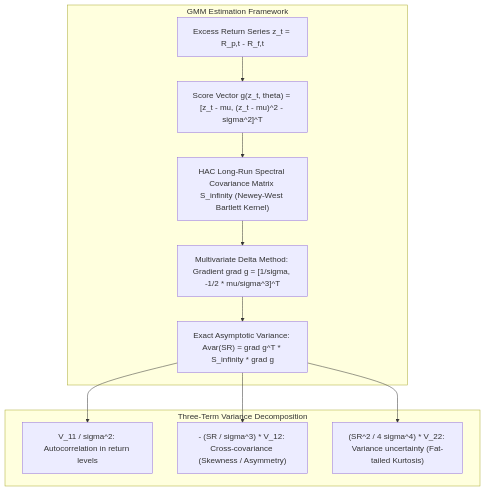
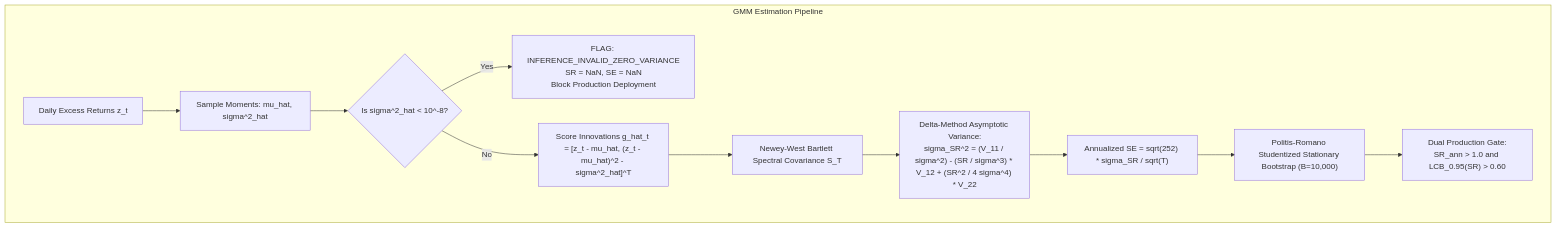
The fourth of 5 diagrams in README.md (2k25it2514261-cloud/alphaniti), drawn with Mermaid before and after one commit. The commit also changed other lines of this file, not shown here.

````diff
--- a/README.md
+++ b/README.md
@@ -241,15 +189,14 @@
 ```mermaid
 graph TD
-    subgraph GMM Estimation Framework
-        Z["Excess Return Series z_t = R_p,t - R_f,t"] --> G["Score Vector g(z_t, theta) = [z_t - mu, (z_t - mu)^2 - sigma^2]^T"]
-        G --> S["HAC Long-Run Spectral Covariance Matrix S_infinity (Newey-West Bartlett Kernel)"]
-        S --> Delta["Multivariate Delta Method: Gradient grad g = [1/sigma, -1/2 * mu/sigma^3]^T"]
-        Delta --> Avar["Exact Asymptotic Variance: Avar(SR) = grad g^T * S_infinity * grad g"]
-    end
-
-    subgraph Three-Term Variance Decomposition
-        Avar --> T1["V_11 / sigma^2: Autocorrelation in return levels"]
-        Avar --> T2["- (SR / sigma^3) * V_12: Cross-covariance (Skewness / Asymmetry)"]
-        Avar --> T3["(SR^2 / 4 sigma^4) * V_22: Variance uncertainty (Fat-tailed Kurtosis)"]
+    subgraph GMM Estimation Pipeline
+        Z["Daily Excess Returns z_t"] --> Moments["Sample Moments: mu_hat, sigma^2_hat"]
+        Moments --> DegenerateCheck{"Is sigma^2_hat < 10^-8?"}
+        DegenerateCheck -- Yes --> HALT["FLAG: INFERENCE_INVALID_ZERO_VARIANCE<br>SR = NaN, SE = NaN<br>Block Production Deployment"]
+        DegenerateCheck -- No --> Score["Score Innovations g_hat_t = [z_t - mu_hat, (z_t - mu_hat)^2 - sigma^2_hat]^T"]
+        Score --> HAC["Newey-West Bartlett Spectral Covariance S_T"]
+        HAC --> Delta["Delta-Method Asymptotic Variance:<br>sigma_SR^2 = (V_11 / sigma^2) - (SR / sigma^3) * V_12 + (SR^2 / 4 sigma^4) * V_22"]
+        Delta --> Annualize["Annualized SE = sqrt(252) * sigma_SR / sqrt(T)"]
+        Annualize --> Bootstrap["Politis-Romano Studentized Stationary Bootstrap (B=10,000)"]
+        Bootstrap --> Gate["Dual Production Gate:<br>SR_ann > 1.0 and LCB_0.95(SR) > 0.60"]
     end
 ```
````
